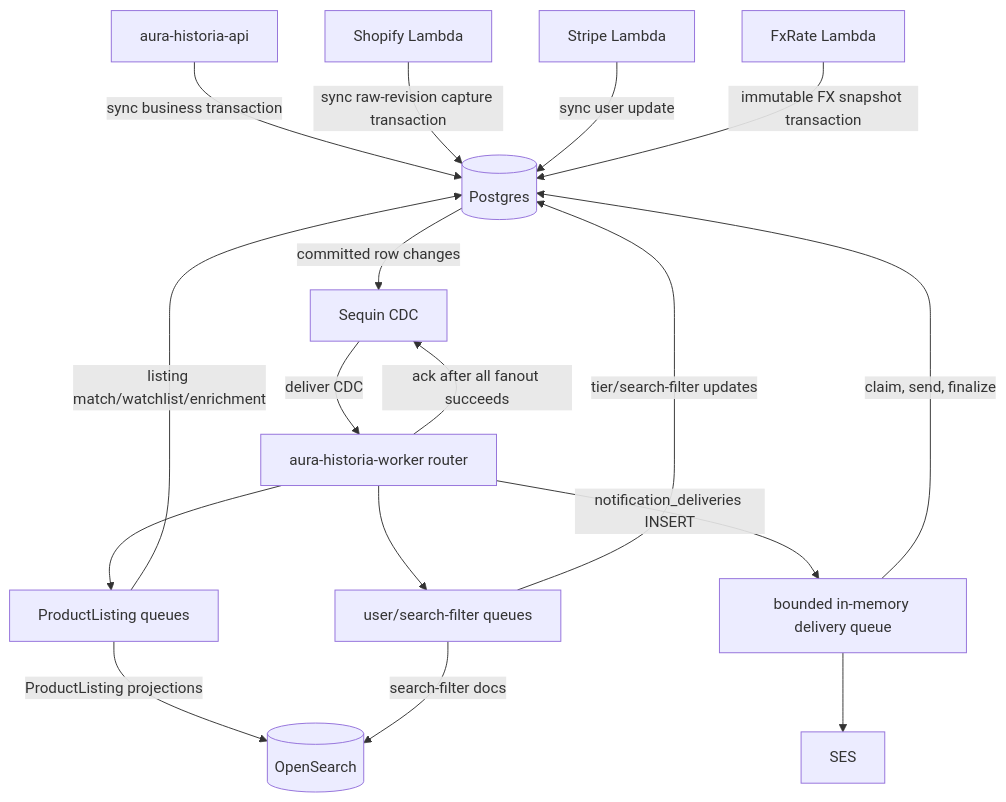
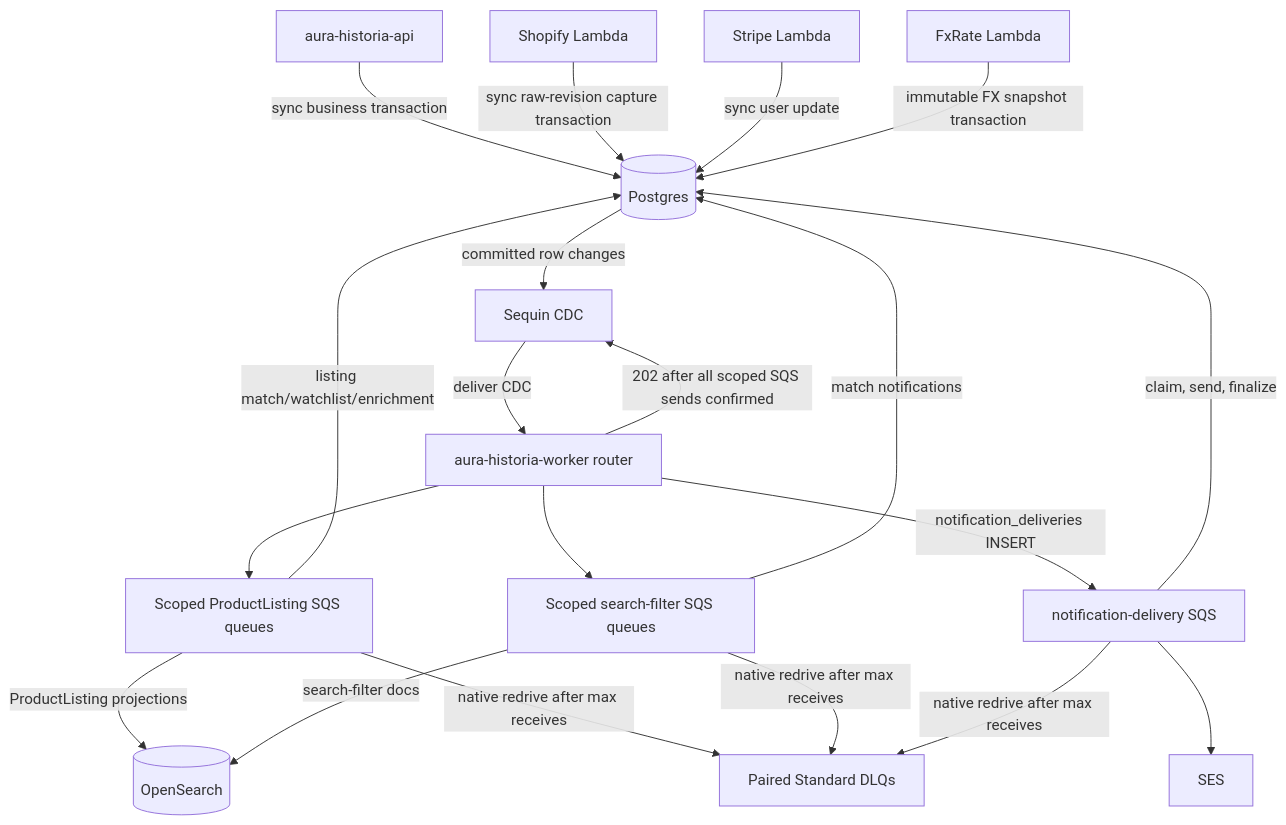
One commit to blitzfilter/aws-backend changed the first of 2 diagrams in docs/events/flow.md. Above: the diagram before and after it, drawn with Mermaid. The commit also changed other lines of this file and 100 other files, not shown here.

First line of the commit message:
feat(#1558): replace ephemeral worker queues with standard SQS (#1745)

````diff
--- a/docs/events/flow.md
+++ b/docs/events/flow.md
@@ -29,39 +25,43 @@
 ```mermaid
 flowchart TD
     API["aura-historia-api"]
     SHOPIFY["Shopify Lambda"]
     STRIPE["Stripe Lambda"]
     PG[(Postgres)]
     SEQ["Sequin CDC"]
     ROUTER["aura-historia-worker router"]
-    PQ["ProductListing queues"]
-    UFQ["user/search-filter queues"]
+    PQ["Scoped ProductListing SQS queues"]
+    UFQ["Scoped search-filter SQS queues"]
+    DLQ["Paired Standard DLQs"]
     OS[(OpenSearch)]
     SES["SES"]
     FX["FxRate Lambda"]
 
     API -->|"sync business transaction"| PG
     SHOPIFY -->|"sync raw-revision capture transaction"| PG
     STRIPE -->|"sync user update"| PG
 
 
     PG -->|"committed row changes"| SEQ
     SEQ -->|"deliver CDC"| ROUTER
-    ROUTER -->|"ack after all fanout succeeds"| SEQ
+    ROUTER -->|"202 after all scoped SQS sends confirmed"| SEQ
 
     ROUTER --> PQ
 
     ROUTER --> UFQ
 
     PQ -->|"ProductListing projections"| OS
     PQ -->|"listing match/watchlist/enrichment"| PG
-    ROUTER -->|"notification_deliveries INSERT"| NQ[bounded in-memory delivery queue]
+    ROUTER -->|"notification_deliveries INSERT"| NQ[notification-delivery SQS]
     NQ -->|"claim, send, finalize"| PG
     NQ --> SES
 
     UFQ -->|"search-filter docs"| OS
-    UFQ -->|"tier/search-filter updates"| PG
+    UFQ -->|"match notifications"| PG
+    PQ -->|"native redrive after max receives"| DLQ
+    UFQ -->|"native redrive after max receives"| DLQ
+    NQ -->|"native redrive after max receives"| DLQ
 
 
     FX -->|"immutable FX snapshot transaction"| PG
 ```
````
